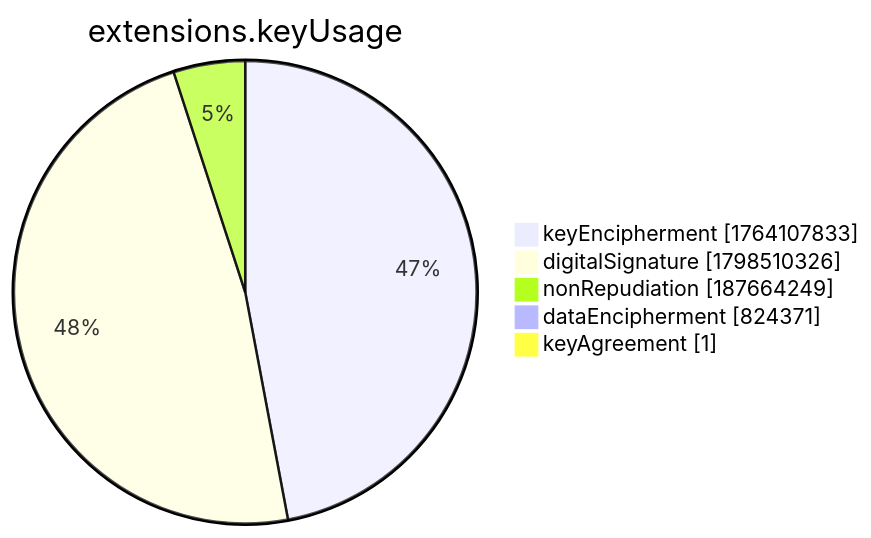
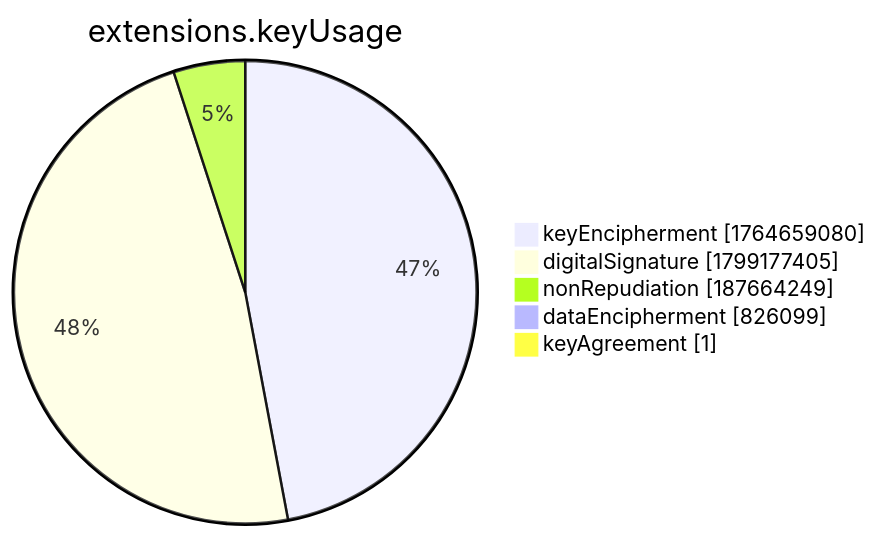
One commit to christiankrug/ctmonitor_visualization changed the seventh of 15 diagrams in xenon2022/README.md. Above: the diagram before and after it, drawn with Mermaid. The commit also changed other lines of this file, not shown here.

````diff
--- a/xenon2022/README.md
+++ b/xenon2022/README.md
@@ -2859,9 +2859,9 @@
 ```mermaid
 pie showData
 title extensions.keyUsage
-"keyEncipherment" :1764107833
-"digitalSignature" :1798510326
+"keyEncipherment" :1764659080
+"digitalSignature" :1799177405
 "nonRepudiation" :187664249
-"dataEncipherment" :824371
+"dataEncipherment" :826099
 "keyAgreement" :1
 ```
````
